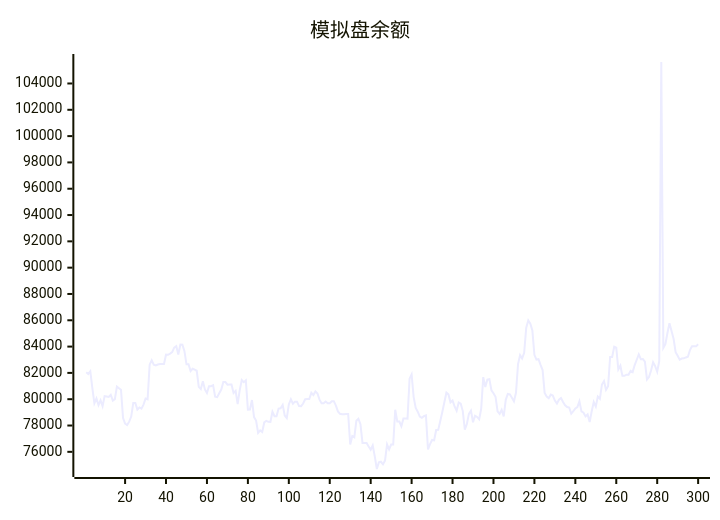
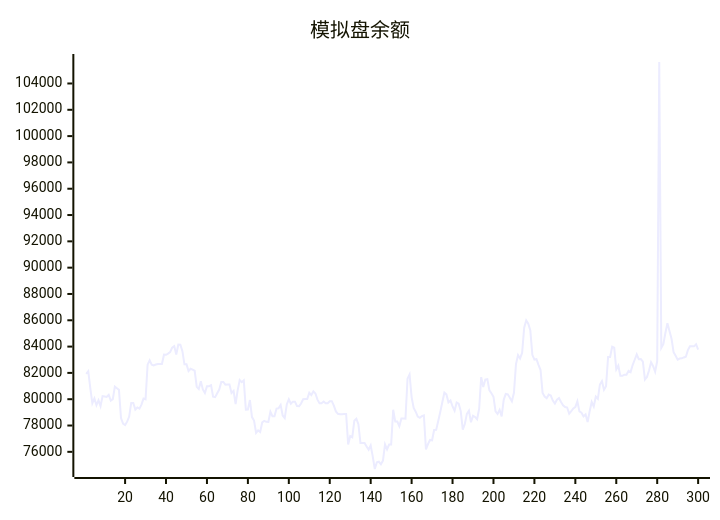
One commit to aahl/ai-trading changed the diagram in README.md. Above: the diagram before and after it, drawn with Mermaid. The commit also changed other lines of this file and 1 other file, not shown here.

````diff
--- a/README.md
+++ b/README.md
@@ -5,5 +5,5 @@
 ```mermaid
 xychart
     title "模拟盘余额"
-    line [82047,81920,82125,80840,79688,80060,79552,79920,79470,80236,80208,80170,80336,79894,80006,80954,80837,80712,78561,78139,78037,78293,78682,79720,79720,79214,79372,79279,79591,80046,79993,82625,82950,82626,82571,82633,82670,82670,82681,83386,83378,83464,83579,83920,84037,83402,84160,84142,83652,82655,82655,82145,82315,82243,82163,80934,80770,81371,80742,80468,80989,80989,81067,80191,80155,80450,80737,81309,81309,81106,81119,81119,80471,80631,79624,80670,81448,81290,81429,79212,79222,79940,78643,78380,77432,77623,77504,78235,78358,78284,78277,79048,78714,78714,79290,79308,79567,78763,78563,79603,79988,79652,79813,79813,79476,79469,79673,79995,80015,80015,80486,80314,80600,80436,79966,79689,79689,79819,79692,79692,79850,79850,79518,79071,78889,78850,78850,78878,78878,76554,77202,77103,78357,78510,78106,76678,76677,76672,76411,76159,76485,75656,74695,75197,75246,75052,75334,76564,76179,76553,76551,79196,78300,78300,77944,78531,78531,78521,81564,81884,80160,79335,79055,78675,78580,78708,78764,76179,76586,76902,76876,77658,77669,78346,79023,79769,80497,80366,79761,79896,79448,79126,79749,79658,79097,77695,78114,78888,79126,78249,78738,78653,78478,79271,81680,80923,81488,81527,80681,80455,80190,79084,78879,79193,78686,79954,80403,80374,80118,79848,80491,82665,83351,83098,83525,85430,85983,85737,85221,83378,83014,83043,82613,82216,80477,80208,80081,80348,80277,79894,79670,79965,80093,79786,79542,79406,79371,78893,79087,79304,79406,79841,79072,78978,78696,78846,78272,79085,79787,79442,80198,80031,81120,81379,80718,80985,83214,83212,83993,83921,82270,82547,81776,81776,81866,81866,82158,82061,82596,83000,83408,83041,83050,82858,81503,81691,82188,82812,82517,82092,82901,105633,83898,84180,85030,85781,85178,84604,83569,83298,83008,83093,83107,83175,83228,83729,84025,84017,84019,84177]
+    line [81920,82125,80840,79688,80060,79552,79920,79470,80236,80208,80170,80336,79894,80006,80954,80837,80712,78561,78139,78037,78293,78682,79720,79720,79214,79372,79279,79591,80046,79993,82625,82950,82626,82571,82633,82670,82670,82681,83386,83378,83464,83579,83920,84037,83402,84160,84142,83652,82655,82655,82145,82315,82243,82163,80934,80770,81371,80742,80468,80989,80989,81067,80191,80155,80450,80737,81309,81309,81106,81119,81119,80471,80631,79624,80670,81448,81290,81429,79212,79222,79940,78643,78380,77432,77623,77504,78235,78358,78284,78277,79048,78714,78714,79290,79308,79567,78763,78563,79603,79988,79652,79813,79813,79476,79469,79673,79995,80015,80015,80486,80314,80600,80436,79966,79689,79689,79819,79692,79692,79850,79850,79518,79071,78889,78850,78850,78878,78878,76554,77202,77103,78357,78510,78106,76678,76677,76672,76411,76159,76485,75656,74695,75197,75246,75052,75334,76564,76179,76553,76551,79196,78300,78300,77944,78531,78531,78521,81564,81884,80160,79335,79055,78675,78580,78708,78764,76179,76586,76902,76876,77658,77669,78346,79023,79769,80497,80366,79761,79896,79448,79126,79749,79658,79097,77695,78114,78888,79126,78249,78738,78653,78478,79271,81680,80923,81488,81527,80681,80455,80190,79084,78879,79193,78686,79954,80403,80374,80118,79848,80491,82665,83351,83098,83525,85430,85983,85737,85221,83378,83014,83043,82613,82216,80477,80208,80081,80348,80277,79894,79670,79965,80093,79786,79542,79406,79371,78893,79087,79304,79406,79841,79072,78978,78696,78846,78272,79085,79787,79442,80198,80031,81120,81379,80718,80985,83214,83212,83993,83921,82270,82547,81776,81776,81866,81866,82158,82061,82596,83000,83408,83041,83050,82858,81503,81691,82188,82812,82517,82092,82901,105633,83898,84180,85030,85781,85178,84604,83569,83298,83008,83093,83107,83175,83228,83729,84025,84017,84019,84177,83775]
 ```
````
